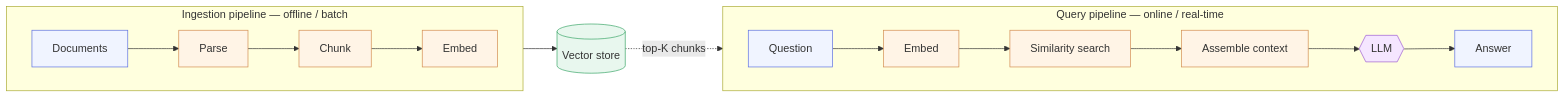
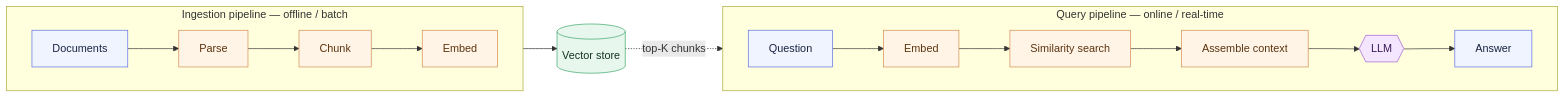
The fourth of 4 diagrams in chapter_1/l2/README.md (LinkedInLearning/docker-for-local-ai-app-development-build-lightweight-containerized-ai-applications-11189001), drawn with Mermaid before and after one commit. The commit also changed other lines of this file and 25 other files, not shown here.

````diff
--- a/chapter_1/l2/README.md
+++ b/chapter_1/l2/README.md
@@ -181,25 +181,25 @@
 ```mermaid
 flowchart LR
     subgraph Ingest["Ingestion pipeline — offline / batch"]
         direction LR
         D[Documents] --> P[Parse] --> C[Chunk] --> E1[Embed]
     end
 
     subgraph Query["Query pipeline — online / real-time"]
         direction LR
         Q[Question] --> E2[Embed] --> S[Similarity search] --> X[Assemble context] --> L{{LLM}} --> A[Answer]
     end
 
     E1 --> V[(Vector store)]
     V -.top-K chunks.-> S
 
-    classDef data   fill:#f0f4ff,stroke:#5b6ee1,stroke-width:1px;
-    classDef action fill:#fff4e6,stroke:#d28b4f,stroke-width:1px;
-    classDef store  fill:#e8f7ee,stroke:#3aa667,stroke-width:1px;
-    classDef model  fill:#f5e6ff,stroke:#9b5bd1,stroke-width:1px;
+    classDef data   fill:#f0f4ff,stroke:#5b6ee1,stroke-width:1px,color:#1a2440;
+    classDef action fill:#fff4e6,stroke:#d28b4f,stroke-width:1px,color:#5c3410;
+    classDef store  fill:#e8f7ee,stroke:#3aa667,stroke-width:1px,color:#12341f;
+    classDef model  fill:#f5e6ff,stroke:#9b5bd1,stroke-width:1px,color:#3d1a5c;
 
     class D,Q,A data
     class P,C,E1,E2,S,X action
     class V store
     class L model
 ```
````
